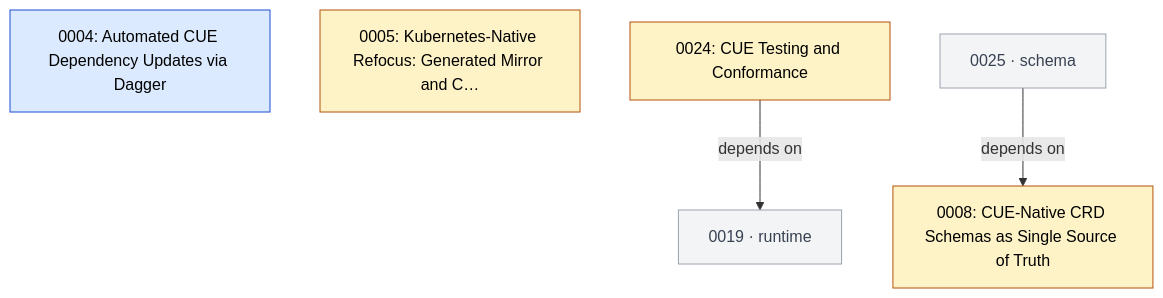
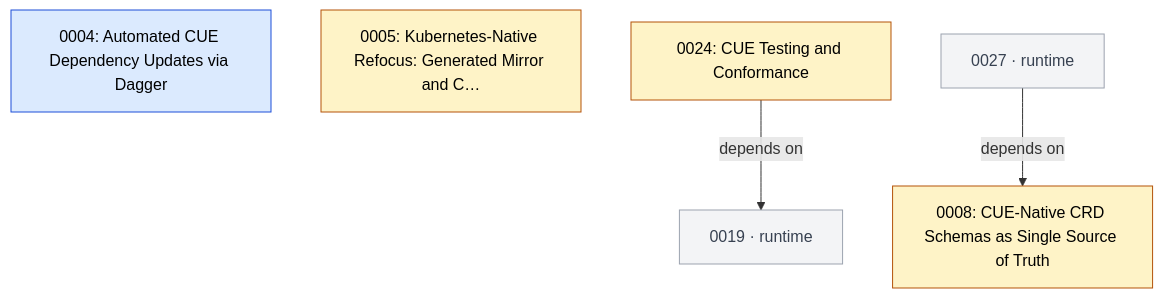
The fifth of 7 diagrams in GRAPH.md (open-platform-model/enhancements), drawn with Mermaid before and after one commit. The commit also changed other lines of this file and 29 other files, not shown here.

````diff
--- a/GRAPH.md
+++ b/GRAPH.md
@@ -168,21 +180,21 @@
 ```mermaid
 graph TD
   classDef draft       fill:#fef3c7,stroke:#b45309,color:#000
   classDef accepted    fill:#dbeafe,stroke:#1d4ed8,color:#000
   classDef rejected    fill:#fee2e2,stroke:#b91c1c,color:#7f1d1d,stroke-dasharray:4 2
   classDef superseded  fill:#e5e7eb,stroke:#6b7280,color:#6b7280
   classDef delivered   fill:#dcfce7,stroke:#15803d,color:#14532d
   classDef legacy      fill:#fafafa,stroke:#9ca3af,color:#6b7280,stroke-dasharray:3 3
   classDef stub        fill:#f3f4f6,stroke:#9ca3af,color:#374151
   classDef category    fill:#ede9fe,stroke:#6d28d9,color:#000
 
   N0004["0004: Automated CUE Dependency Updates via Dagger"]:::accepted
   N0005["0005: Kubernetes-Native Refocus: Generated Mirror and C…"]:::draft
   N0008["0008: CUE-Native CRD Schemas as Single Source of Truth"]:::draft
   N0024["0024: CUE Testing and Conformance"]:::draft
   N0019["0019 · runtime"]:::stub
-  N0025["0025 · schema"]:::stub
+  N0027["0027 · runtime"]:::stub
 
   N0024 -->|depends on| N0019
-  N0025 -->|depends on| N0008
+  N0027 -->|depends on| N0008
 ```
````
